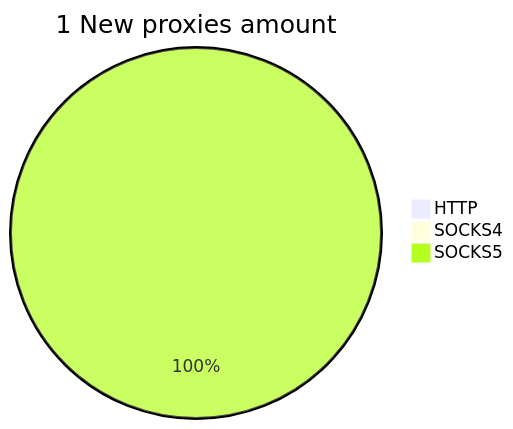
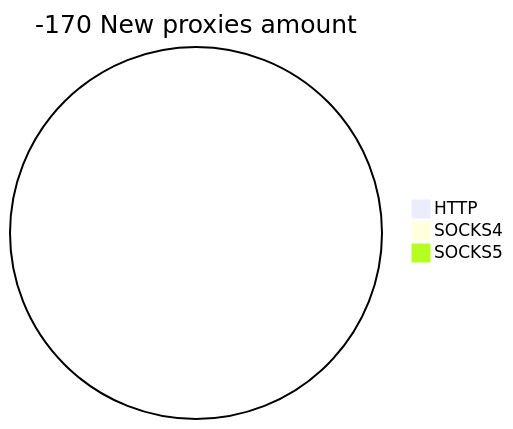
One commit to cutipu/proxylist changed the second of 2 diagrams in README.md. Above: the diagram before and after it, drawn with Mermaid. The commit also changed other lines of this file, not shown here.

````diff
--- a/README.md
+++ b/README.md
@@ -10,6 +10,6 @@
 ```mermaid
-pie title 1 New proxies amount
+pie title -170 New proxies amount
     "HTTP" : 0
     "SOCKS4" : 0
-    "SOCKS5" : 2
+    "SOCKS5" : 0
 ```
````
